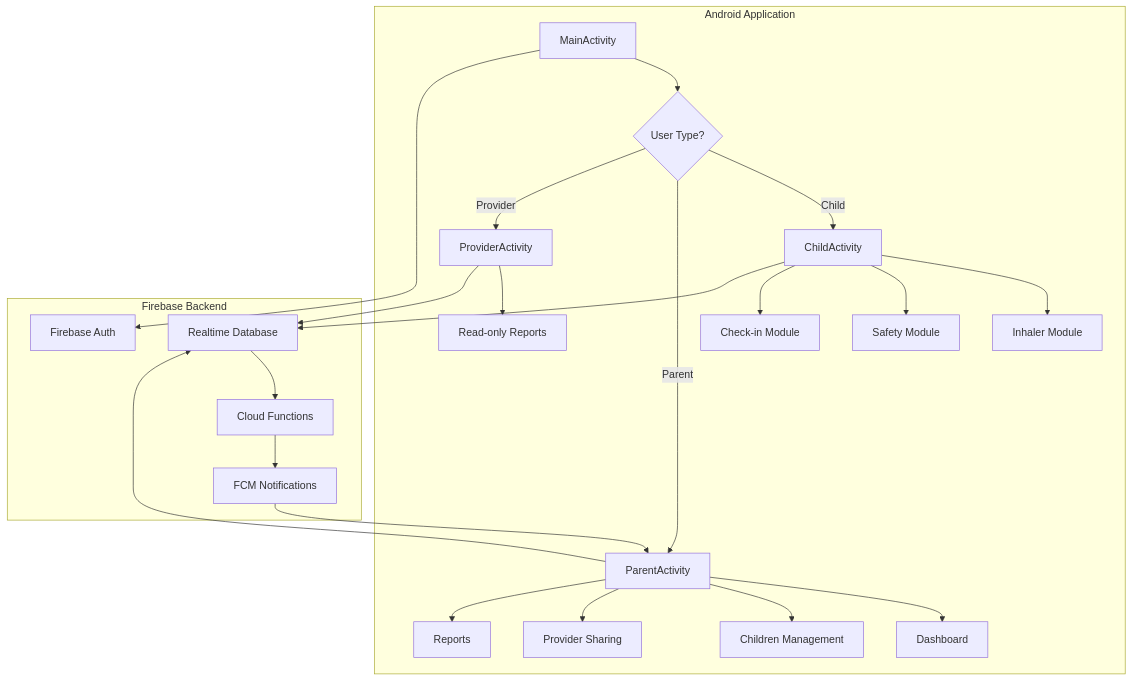
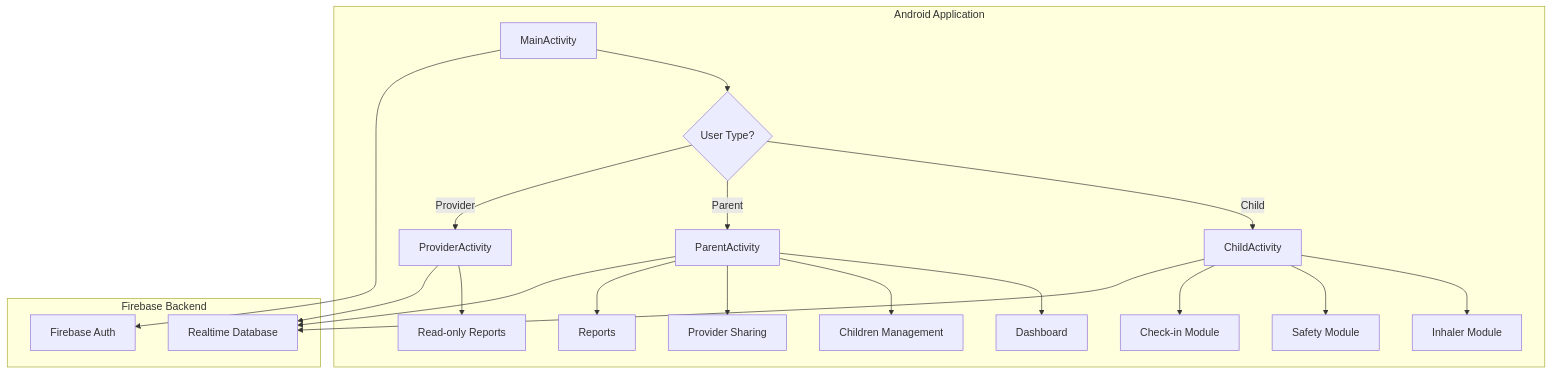
Before and after one commit to billy-enrizky/Smart-AIR: the first of 17 diagrams in README.md, drawn with Mermaid. The commit also changed other lines of this file, not shown here.

````diff
--- a/README.md
+++ b/README.md
@@ -38,35 +38,30 @@
 ```mermaid
 graph TB
     subgraph "Android Application"
         A[MainActivity] --> B{User Type?}
         B -->|Child| C[ChildActivity]
         B -->|Parent| D[ParentActivity]
         B -->|Provider| E[ProviderActivity]
         
         C --> F[Inhaler Module]
         C --> G[Safety Module]
         C --> H[Check-in Module]
         
         D --> I[Dashboard]
         D --> J[Children Management]
         D --> K[Provider Sharing]
         D --> L[Reports]
         
         E --> M[Read-only Reports]
     end
     
     subgraph "Firebase Backend"
         N[Firebase Auth]
         O[Realtime Database]
-        P[Cloud Functions]
-        Q[FCM Notifications]
     end
     
     A --> N
     C --> O
     D --> O
     E --> O
-    O --> P
-    P --> Q
-    Q --> D
 ```
````
